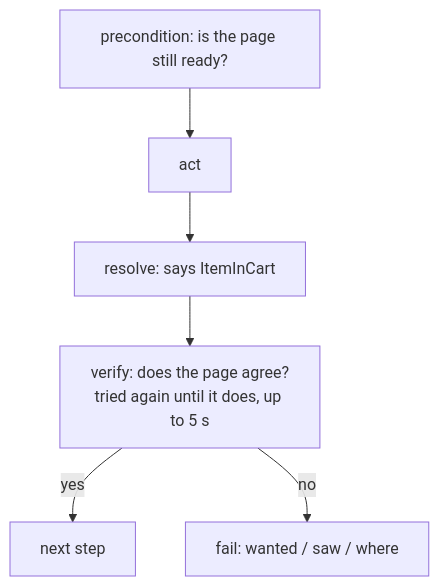
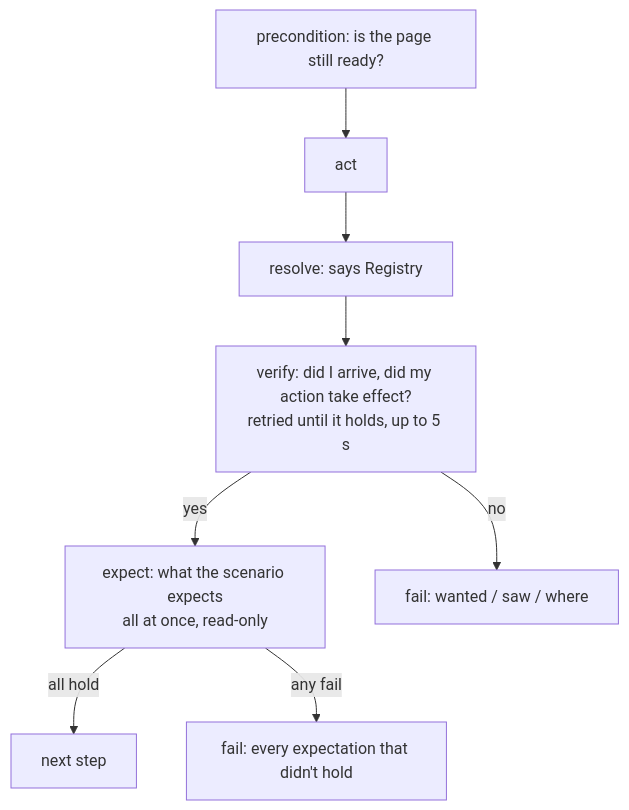
The diagram in docs/guides/checks.md (deviate-dv8/waygraph), drawn with Mermaid before and after one commit. The commit also changed other lines of this file and 110 other files, not shown here.

````diff
--- a/docs/guides/checks.md
+++ b/docs/guides/checks.md
@@ -6,6 +10,8 @@
 ```mermaid
 graph TD
-  PC[precondition: is the page still ready?] --> A[act] --> R[resolve: says ItemInCart] --> V[verify: does the page agree?<br/>tried again until it does, up to 5 s]
-  V -->|yes| N[next step]
+  PC[precondition: is the page still ready?] --> A[act] --> R[resolve: says Registry] --> V[verify: did I arrive, did my action take effect?<br/>retried until it holds, up to 5 s]
+  V -->|yes| E[expect: what the scenario expects<br/>all at once, read-only]
+  E -->|all hold| N[next step]
   V -->|no| F[fail: wanted / saw / where]
+  E -->|any fail| F2[fail: every expectation that didn't hold]
 ```
````
